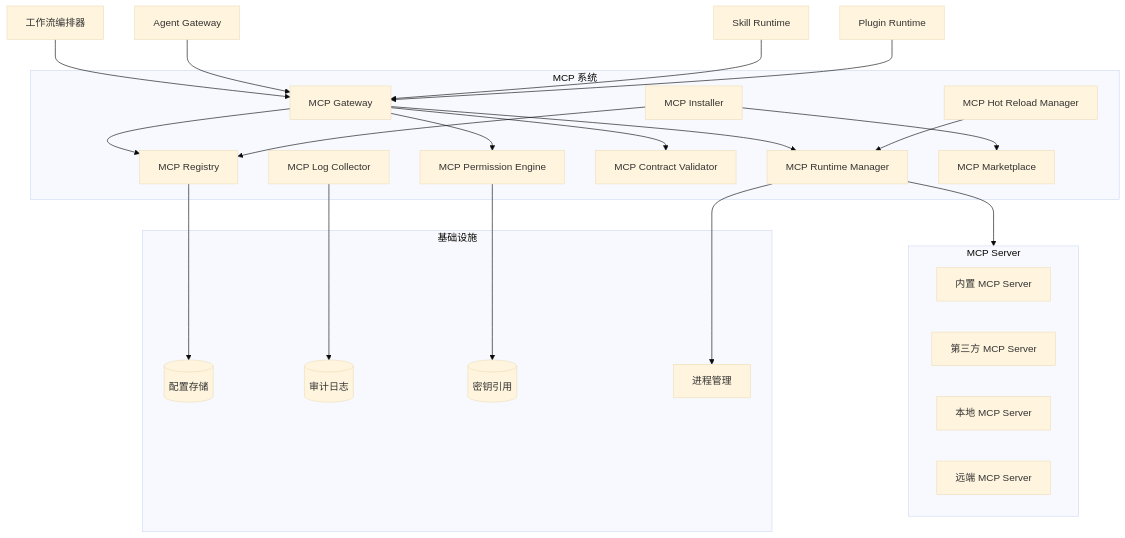
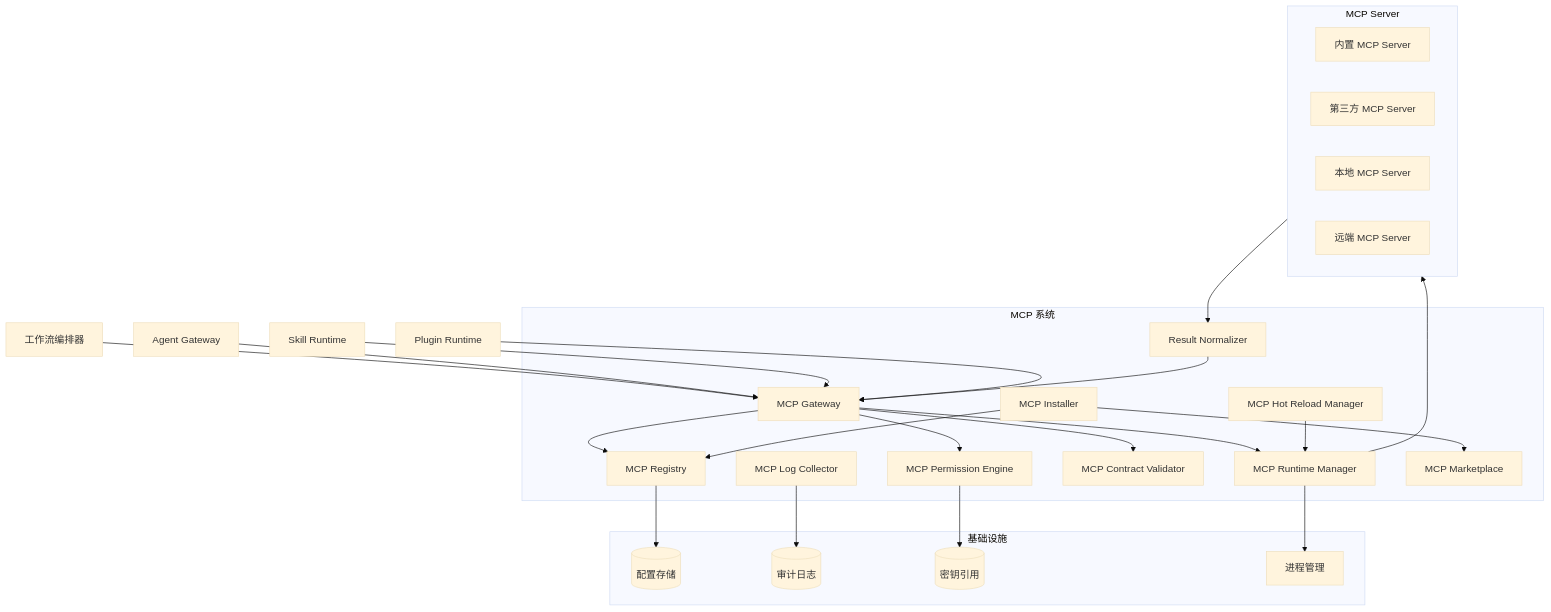
The first of 11 diagrams in docs/05-mcp/mcp-architecture.md (StanlySGY/Content-Factory), drawn with Mermaid (base theme) before and after one commit. The commit also changed other lines of this file and 5 other files, not shown here.

````diff
--- a/docs/05-mcp/mcp-architecture.md
+++ b/docs/05-mcp/mcp-architecture.md
@@ -27,50 +27,53 @@
 ```mermaid
 flowchart TB
     Workflow[工作流编排器]
     Agent[Agent Gateway]
     Skill[Skill Runtime]
     Plugin[Plugin Runtime]
 
     subgraph MCPSystem[MCP 系统]
         MCPGateway[MCP Gateway]
         Registry[MCP Registry]
         Installer[MCP Installer]
         Runtime[MCP Runtime Manager]
         Permission[MCP Permission Engine]
         Contract[MCP Contract Validator]
         Log[MCP Log Collector]
         HotReload[MCP Hot Reload Manager]
         Marketplace[MCP Marketplace]
+        Normalizer[Result Normalizer]
     end
 
     subgraph Servers[MCP Server]
         BuiltIn[内置 MCP Server]
         ThirdParty[第三方 MCP Server]
         Local[本地 MCP Server]
         Remote[远端 MCP Server]
     end
 
     subgraph Infra[基础设施]
         Config[(配置存储)]
         Audit[(审计日志)]
         Secret[(密钥引用)]
         Process[进程管理]
     end
 
     Workflow --> MCPGateway
     Agent --> MCPGateway
     Skill --> MCPGateway
     Plugin --> MCPGateway
     MCPGateway --> Registry
     MCPGateway --> Permission
     MCPGateway --> Contract
     MCPGateway --> Runtime
     Runtime --> Servers
+    Servers --> Normalizer
+    Normalizer --> MCPGateway
     Installer --> Registry
     Installer --> Marketplace
     Runtime --> Process
     Registry --> Config
     Permission --> Secret
     Log --> Audit
     HotReload --> Runtime
 ```
````
